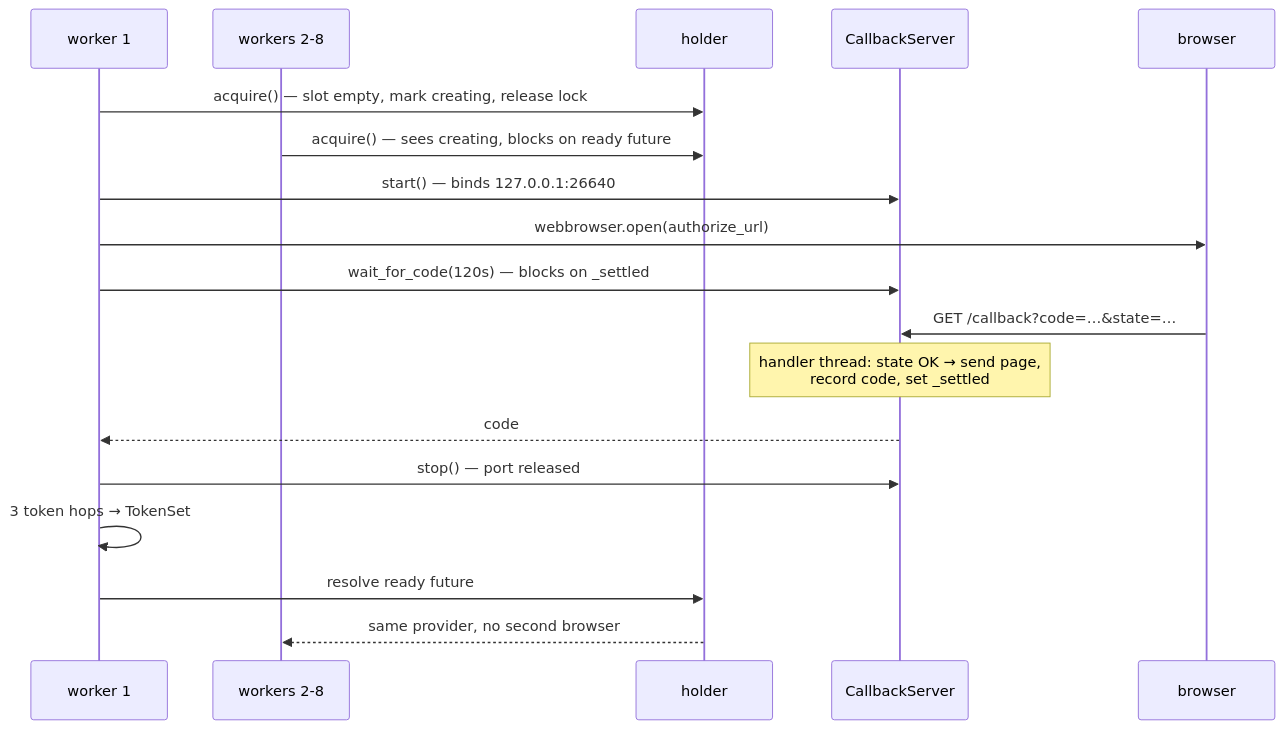
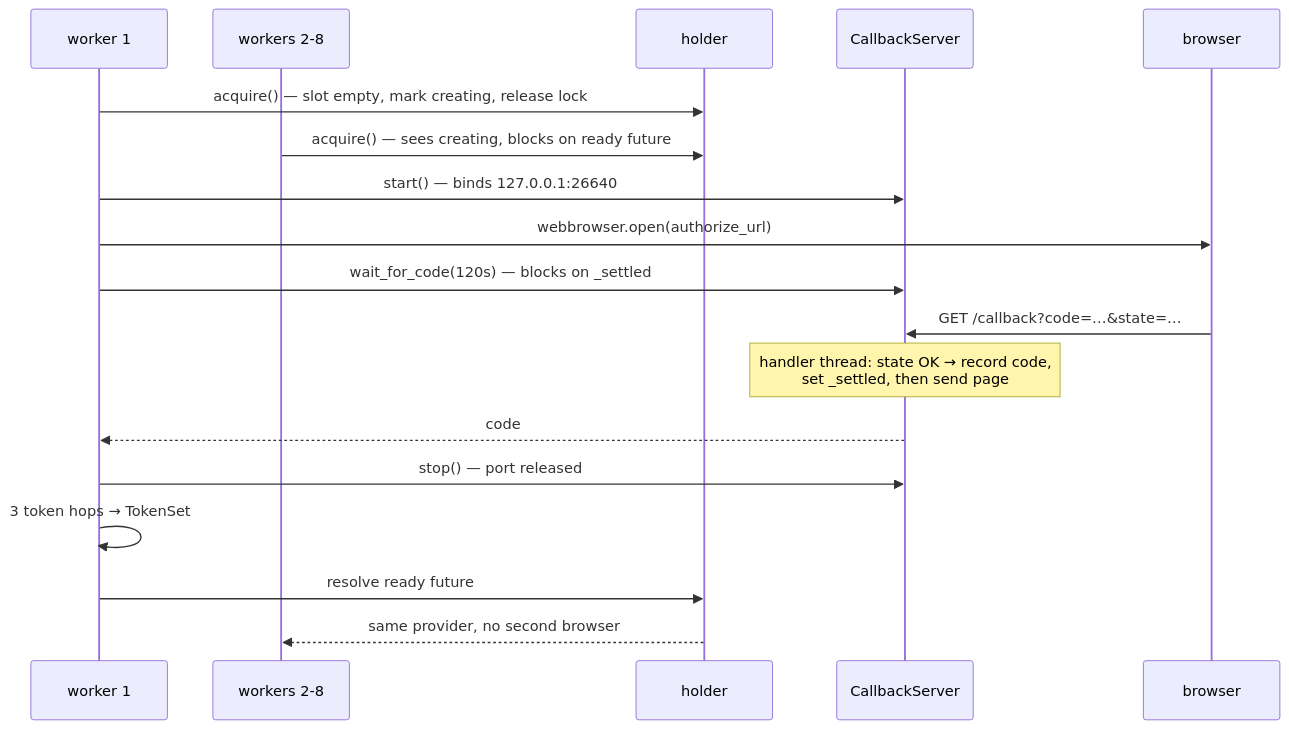
Before and after one commit to confluentinc/confluent-sql: the diagram in OAUTH_CONCURRENCY_MODEL.md, drawn with Mermaid. The commit also changed 2 other files, not shown here.

Commit message:
Address copilot concerns.

````diff
--- a/OAUTH_CONCURRENCY_MODEL.md
+++ b/OAUTH_CONCURRENCY_MODEL.md
@@ -127,21 +127,21 @@
 ```mermaid
 sequenceDiagram
     participant W1 as worker 1
     participant W2 as workers 2-8
     participant H as holder
     participant CS as CallbackServer
     participant B as browser
 
     W1->>H: acquire() — slot empty, mark creating, release lock
     W2->>H: acquire() — sees creating, blocks on ready future
     W1->>CS: start() — binds 127.0.0.1:26640
     W1->>B: webbrowser.open(authorize_url)
     W1->>CS: wait_for_code(120s) — blocks on _settled
     B->>CS: GET /callback?code=…&state=…
-    Note over CS: handler thread: state OK → send page,<br/>record code, set _settled
+    Note over CS: handler thread: state OK → record code,<br/>set _settled, then send page
     CS-->>W1: code
     W1->>CS: stop() — port released
     W1->>W1: 3 token hops → TokenSet
     W1->>H: resolve ready future
     H-->>W2: same provider, no second browser
 ```
````
